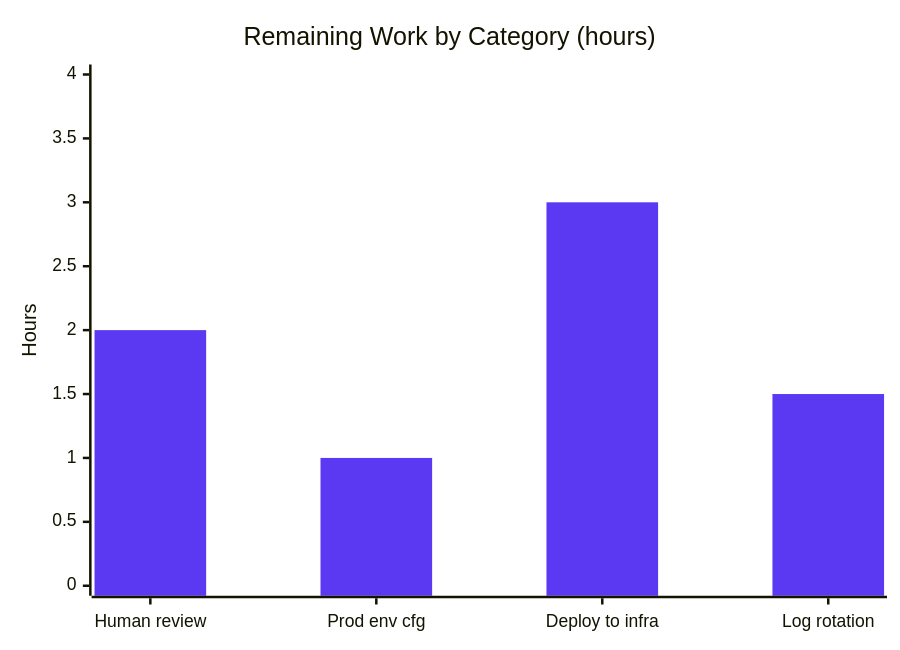
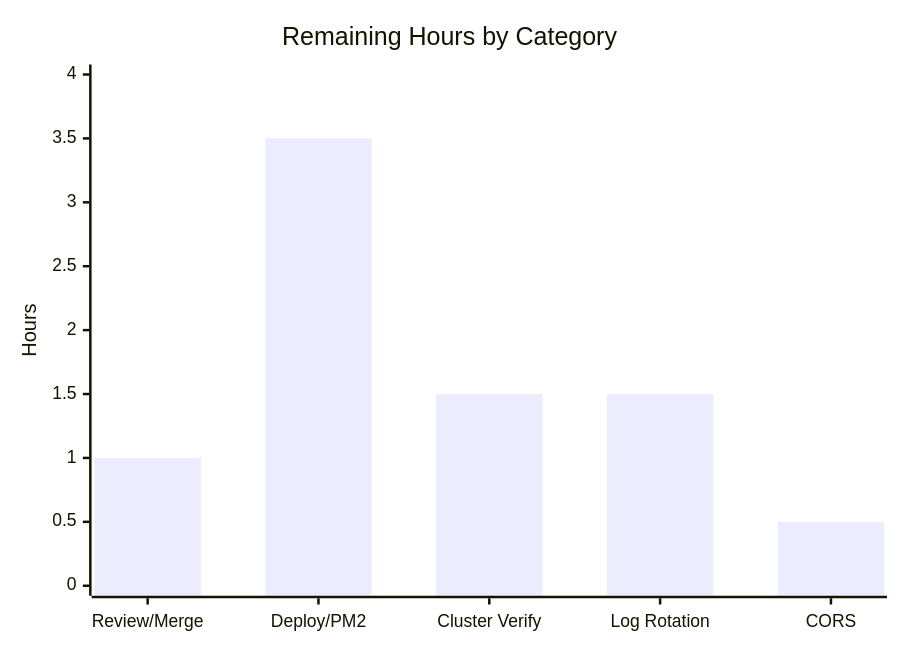
Before and after one commit to Sandeep02Kumar02/12-dec-existing-projects-qa-test-5: the third of 3 diagrams in blitzy/documentation/Project Guide.md, drawn with Mermaid. The commit also changed other lines of this file, not shown here.

Commit message:
Adding Blitzy Project Guide: Project Status and Human Tasks Remaining

````diff
--- a/blitzy/documentation/Project Guide.md
+++ b/blitzy/documentation/Project Guide.md
@@ -212,8 +225,7 @@
 ```mermaid
-%%{init: {'theme':'base','themeVariables':{'xyChart':{'plotColorPalette':'#5B39F3'}}}}%%
 xychart-beta
-    title "Remaining Work by Category (hours)"
-    x-axis ["Human review", "Prod env cfg", "Deploy to infra", "Log rotation"]
+    title "Remaining Hours by Category"
+    x-axis ["Review/Merge", "Deploy/PM2", "Cluster Verify", "Log Rotation", "CORS"]
     y-axis "Hours" 0 --> 4
-    bar [2.0, 1.0, 3.0, 1.5]
+    bar [1, 3.5, 1.5, 1.5, 0.5]
 ```
````
